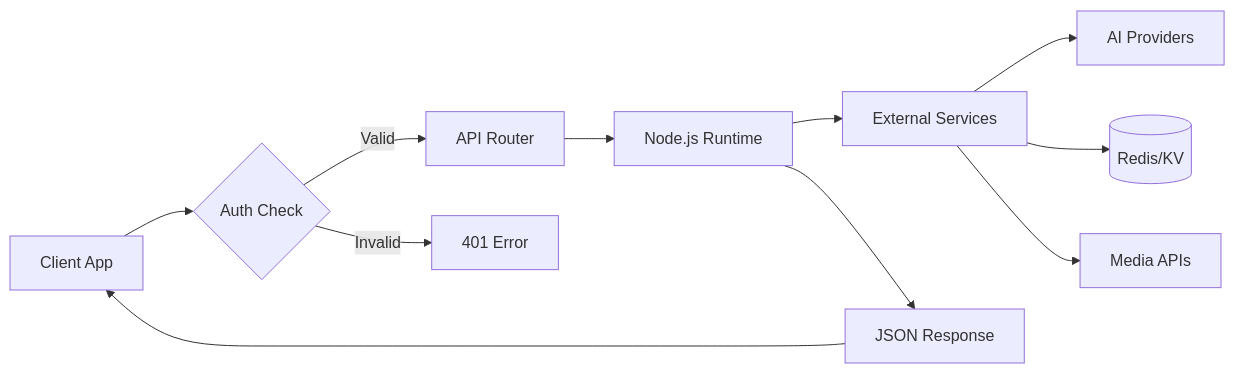
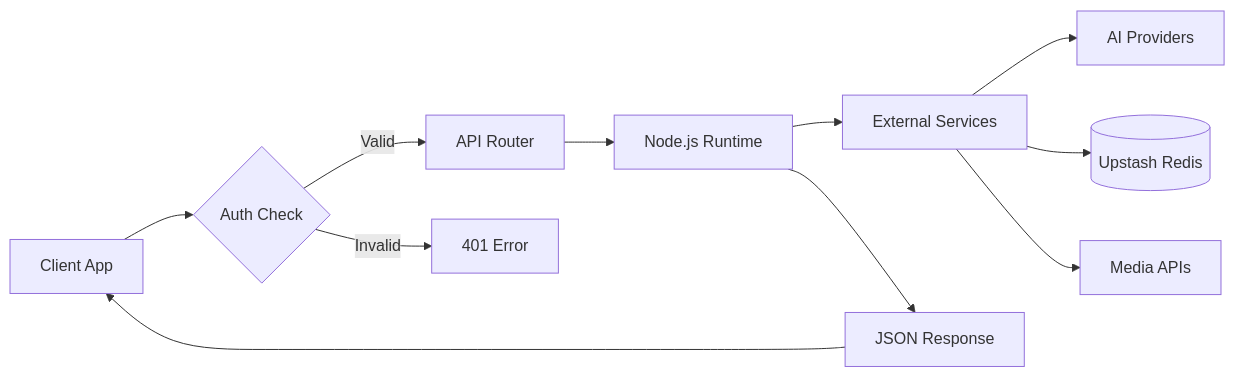
One commit to ryokun6/ryos changed the first of 2 diagrams in docs/8-api-reference.md. Above: the diagram before and after it, drawn with Mermaid. The commit also changed 3 other files, not shown here.

````diff
--- a/docs/8-api-reference.md
+++ b/docs/8-api-reference.md
@@ -7,13 +7,13 @@
 ```mermaid
 graph LR
     Client[Client App] --> Auth{Auth Check}
     Auth -->|Valid| Router[API Router]
     Auth -->|Invalid| Error[401 Error]
     Router --> API[Node.js Runtime]
     API --> Services[External Services]
     Services --> AI[AI Providers]
-    Services --> DB[(Redis/KV)]
+    Services --> DB[(Upstash Redis)]
     Services --> Media[Media APIs]
     API --> Response[JSON Response]
     Response --> Client
 ```
````
